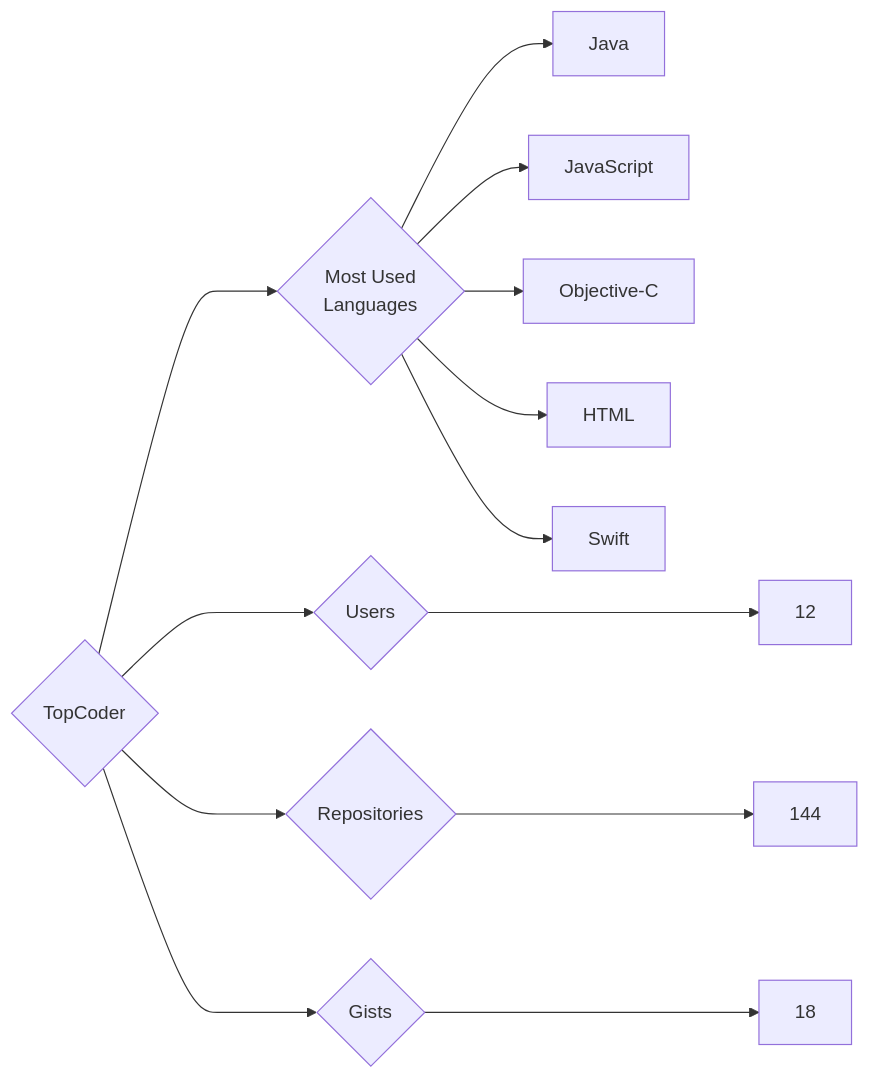
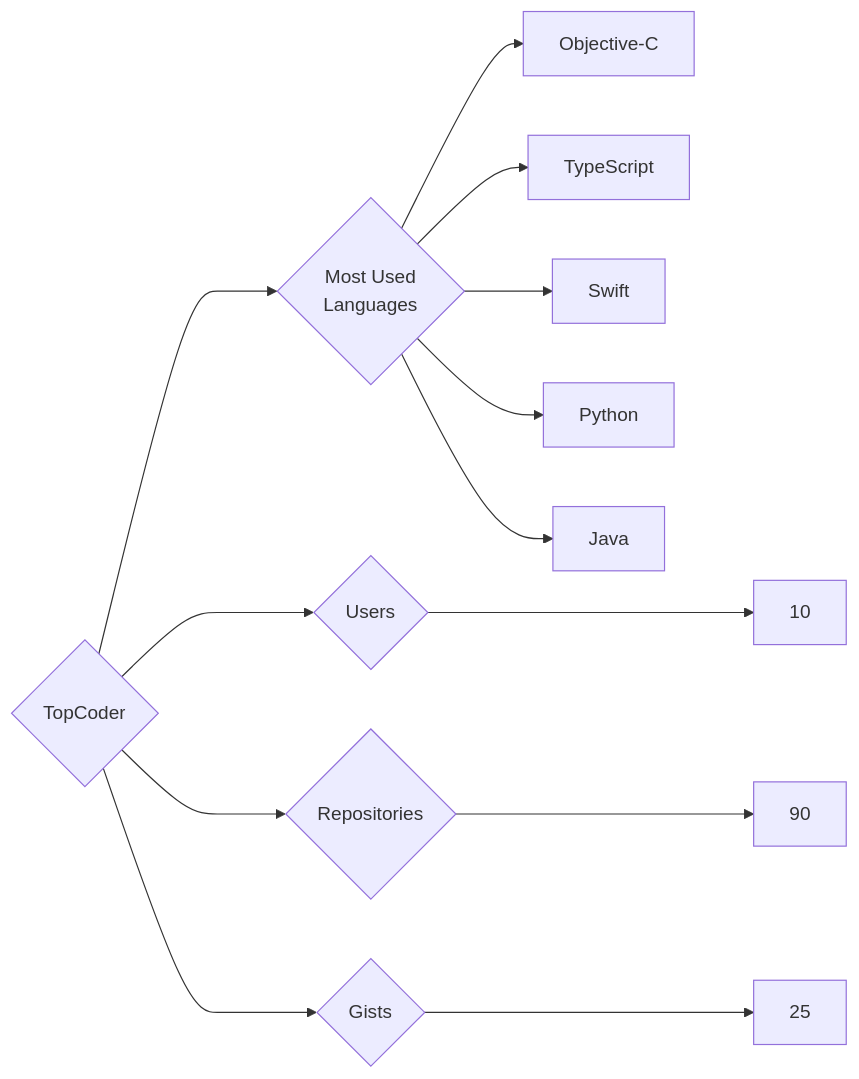
Before and after one commit to trickest/insiders: the diagram in targets/TopCoder/README.md, drawn with Mermaid. The commit also changed 970 other files, not shown here.

````diff
--- a/targets/TopCoder/README.md
+++ b/targets/TopCoder/README.md
@@ -3,13 +3,13 @@
 ```mermaid
 graph LR
 COMPANY_NAME{TopCoder}
-COMPANY_NAME ---> U{Users} ---> UN[12]
-COMPANY_NAME ---> R{Repositories} ---> RN[144]
-COMPANY_NAME ---> G{Gists} ---> GN[18]
+COMPANY_NAME ---> U{Users} ---> UN[10]
+COMPANY_NAME ---> R{Repositories} ---> RN[90]
+COMPANY_NAME ---> G{Gists} ---> GN[25]
 COMPANY_NAME ---> ML{Most Used<br>Languages}
+ML --> Objective-C[Objective-C]
+ML --> TypeScript[TypeScript]
+ML --> Swift[Swift]
+ML --> Python[Python]
 ML --> Java[Java]
-ML --> JavaScript[JavaScript]
-ML --> Objective-C[Objective-C]
-ML --> HTML[HTML]
-ML --> Swift[Swift]
 ```
````
